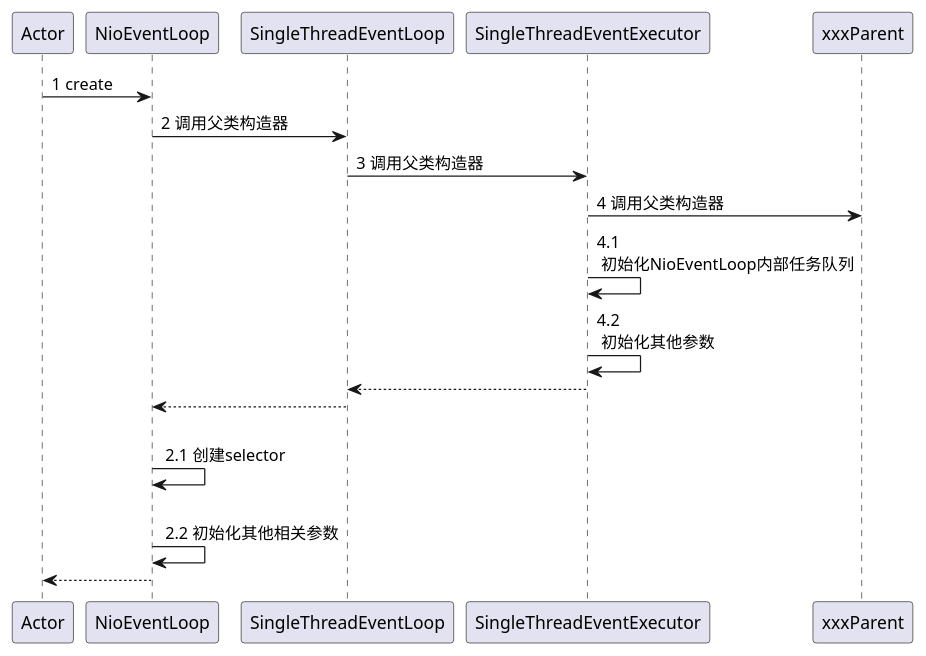
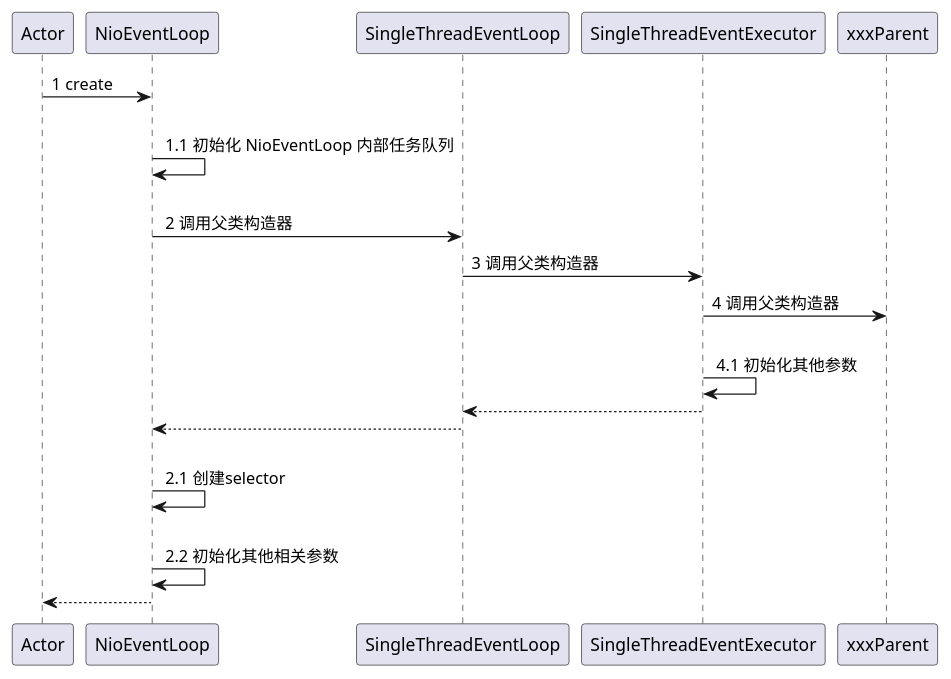
Before and after one commit to Simba-cheng/netty: the diagram in puml/NioEventLoop.puml, drawn with PlantUML. The commit also changed 2 other files, not shown here.

```diff
--- a/puml/NioEventLoop.puml
+++ b/puml/NioEventLoop.puml
@@ -1,18 +1,18 @@
 @startuml participant
 
 Actor -> NioEventLoop: 1 create
 
-NioEventLoop -> SingleThreadEventLoop: 2 调用父类构造器
+NioEventLoop -> NioEventLoop: \n 1.1 初始化 NioEventLoop 内部任务队列
+NioEventLoop -> SingleThreadEventLoop: \n 2 调用父类构造器
 SingleThreadEventLoop -> SingleThreadEventExecutor: 3 调用父类构造器
 SingleThreadEventExecutor -> xxxParent :4 调用父类构造器
-SingleThreadEventExecutor -> SingleThreadEventExecutor : 4.1 \n 初始化NioEventLoop内部任务队列
-SingleThreadEventExecutor -> SingleThreadEventExecutor : 4.2 \n 初始化其他参数
+SingleThreadEventExecutor -> SingleThreadEventExecutor : \n 4.1 初始化其他参数
 
 SingleThreadEventLoop <-- SingleThreadEventExecutor
 NioEventLoop <-- SingleThreadEventLoop
 
 NioEventLoop -> NioEventLoop : \n 2.1 创建selector
 NioEventLoop -> NioEventLoop : \n 2.2 初始化其他相关参数
 
 Actor <-- NioEventLoop
 @enduml
```
